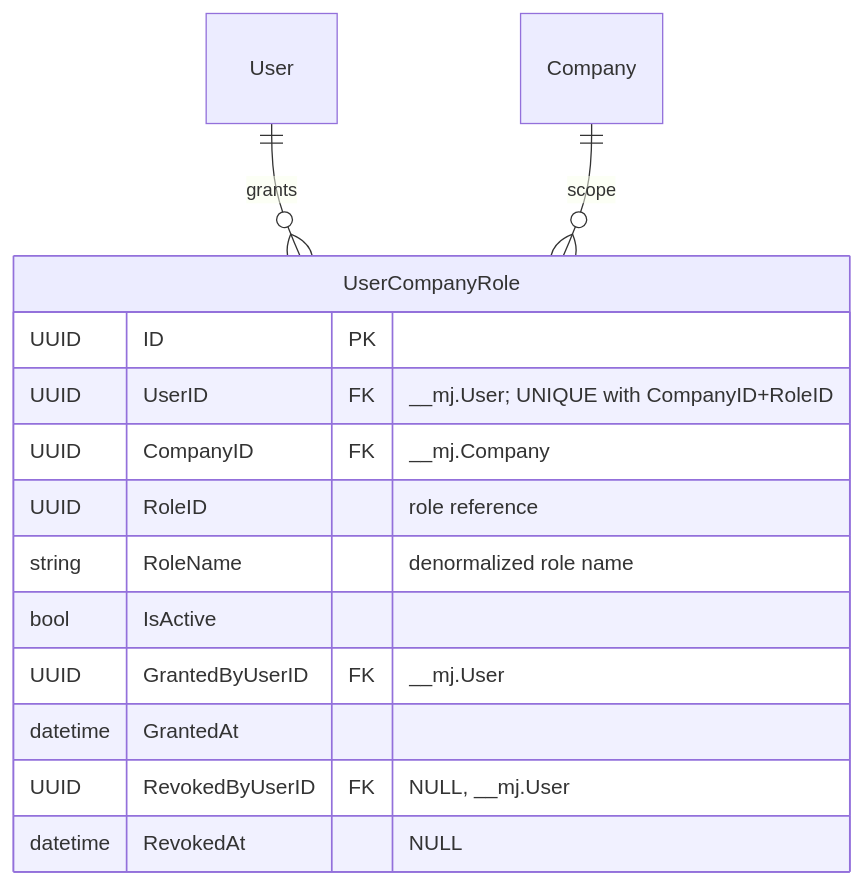
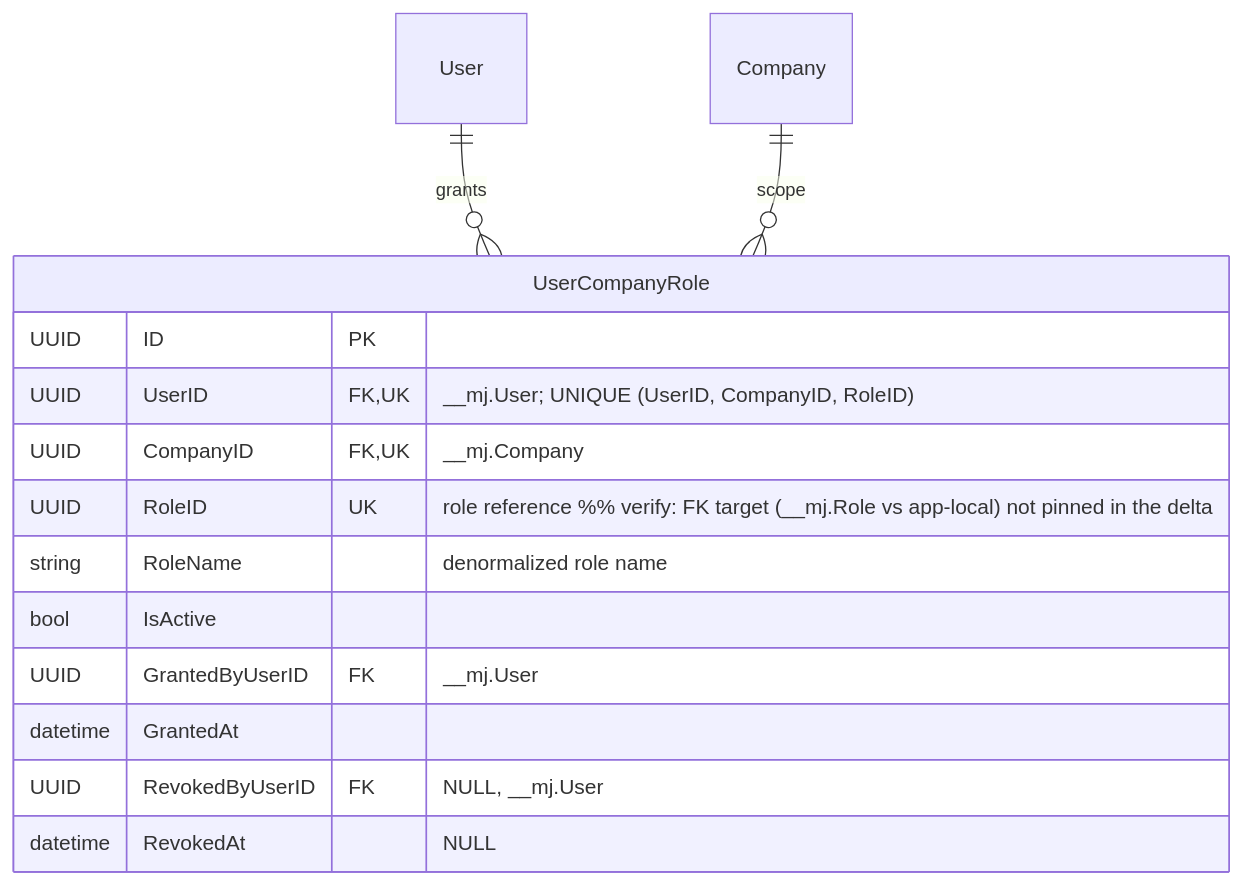
One commit to MemberJunction/bizapps-accounting changed the seventh of 7 diagrams in design-docs/erd/ERD-planned.md. Above: the diagram before and after it, drawn with Mermaid. The commit also changed other lines of this file, not shown here.

Commit message:
docs: ERD-planned rewritten fully self-contained (26/26 entities detailed); ERD-current verified 28/28

````diff
--- a/design-docs/erd/ERD-planned.md
+++ b/design-docs/erd/ERD-planned.md
@@ -262,17 +474,18 @@
 ```mermaid
 erDiagram
+    %% V1.6/S2: NEW table
     UserCompanyRole {
         UUID ID PK
-        UUID UserID FK "__mj.User; UNIQUE with CompanyID+RoleID"
-        UUID CompanyID FK "__mj.Company"
-        UUID RoleID "role reference"
+        UUID UserID FK, UK "__mj.User; UNIQUE (UserID, CompanyID, RoleID)"
+        UUID CompanyID FK, UK "__mj.Company"
+        UUID RoleID UK "role reference %% verify: FK target (__mj.Role vs app-local) not pinned in the delta"
         string RoleName "denormalized role name"
         bool IsActive
         UUID GrantedByUserID FK "__mj.User"
         datetime GrantedAt
         UUID RevokedByUserID FK "NULL, __mj.User"
         datetime RevokedAt "NULL"
     }
     User ||--o{ UserCompanyRole : grants
     Company ||--o{ UserCompanyRole : scope
 ```
````
